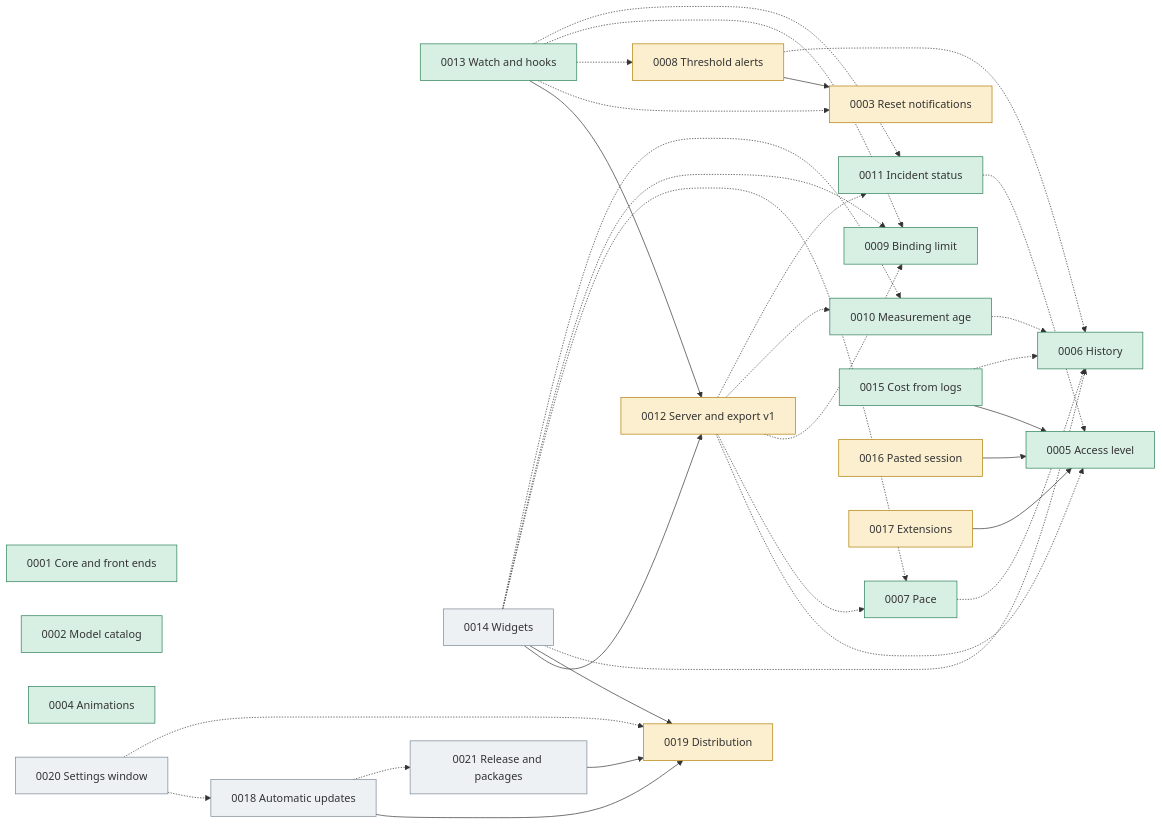
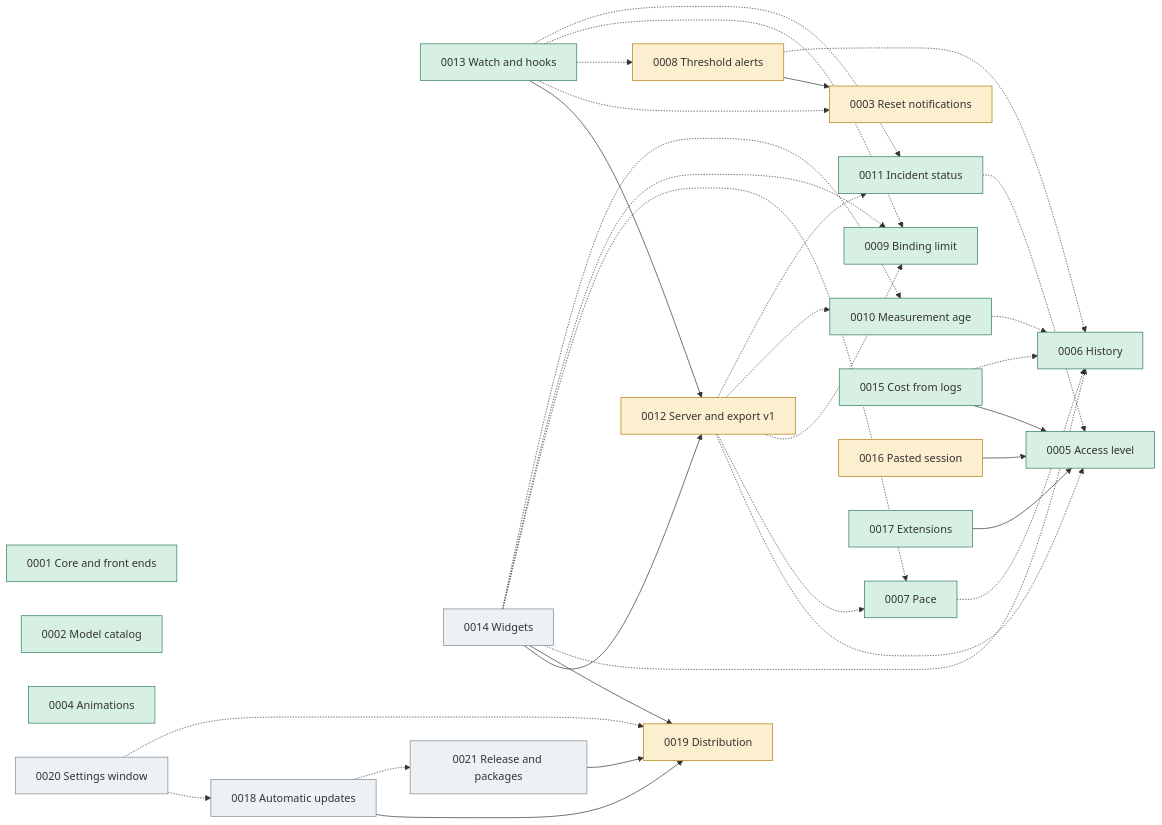
Before and after one commit to jmarcon/cuotai: the diagram in docs/plans/0000_control.md, drawn with Mermaid. The commit also changed other lines of this file and 41 other files, not shown here.

````diff
--- a/docs/plans/0000_control.md
+++ b/docs/plans/0000_control.md
@@ -121,60 +122,60 @@
 ```mermaid
 graph LR
   classDef done fill:#d8f0e4,stroke:#2a7d55
   classDef wip fill:#fbefcf,stroke:#b07d00
   classDef todo fill:#eef1f4,stroke:#7a8794
 
   P1["0001 Core and front ends"]:::done
   P2["0002 Model catalog"]:::done
   P3["0003 Reset notifications"]:::wip
   P4["0004 Animations"]:::done
   P5["0005 Access level"]:::done
   P6["0006 History"]:::done
   P7["0007 Pace"]:::done
   P8["0008 Threshold alerts"]:::wip
   P9["0009 Binding limit"]:::done
   P10["0010 Measurement age"]:::done
   P11["0011 Incident status"]:::done
   P12["0012 Server and export v1"]:::wip
   P13["0013 Watch and hooks"]:::done
   P14["0014 Widgets"]:::todo
   P15["0015 Cost from logs"]:::done
   P16["0016 Pasted session"]:::wip
-  P17["0017 Extensions"]:::wip
+  P17["0017 Extensions"]:::done
   P18["0018 Automatic updates"]:::todo
   P19["0019 Distribution"]:::wip
   P20["0020 Settings window"]:::todo
   P21["0021 Release and packages"]:::todo
 
   P8 --> P3
   P13 --> P12
   P14 --> P12
   P14 --> P19
   P15 --> P5
   P16 --> P5
   P17 --> P5
   P18 --> P19
 
   P7 -.-> P6
   P8 -.-> P6
   P10 -.-> P6
   P11 -.-> P5
   P15 -.-> P6
   P12 -.-> P5
   P12 -.-> P7
   P12 -.-> P9
   P12 -.-> P10
   P12 -.-> P11
   P13 -.-> P3
   P13 -.-> P8
   P13 -.-> P9
   P13 -.-> P11
   P14 -.-> P6
   P14 -.-> P7
   P14 -.-> P9
   P14 -.-> P10
   P20 -.-> P18
   P20 -.-> P19
   P21 --> P19
   P18 -.-> P21
 ```
````
